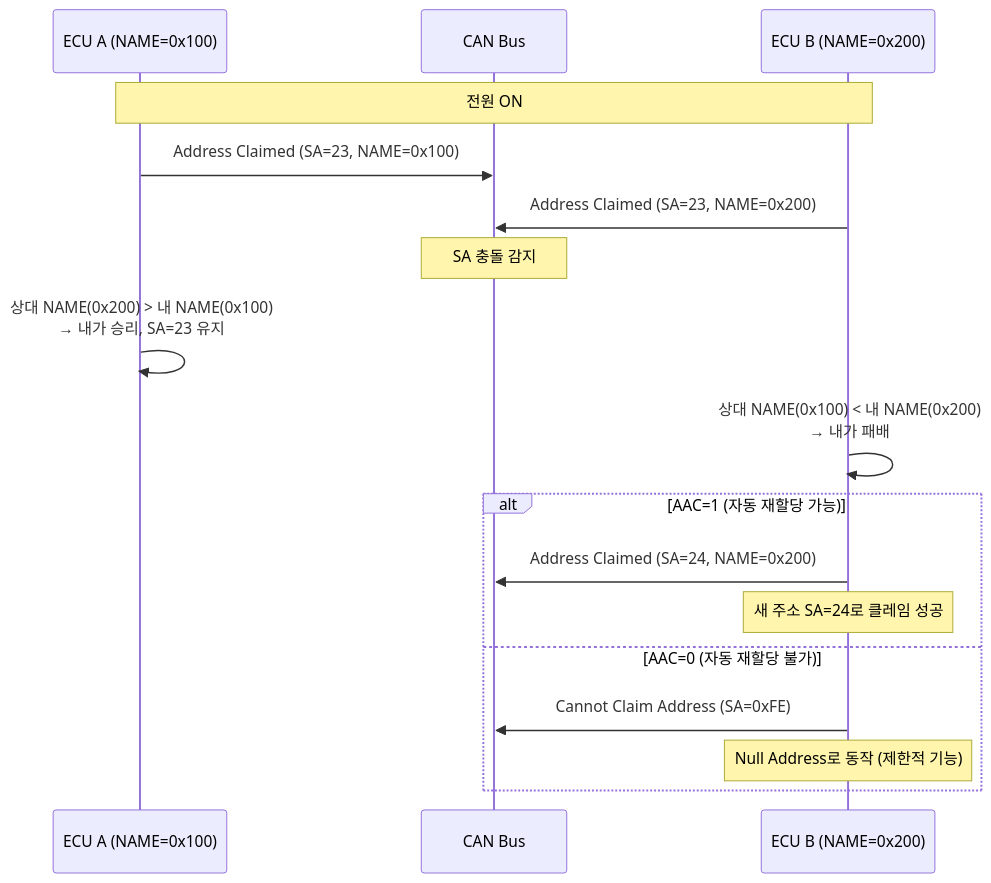
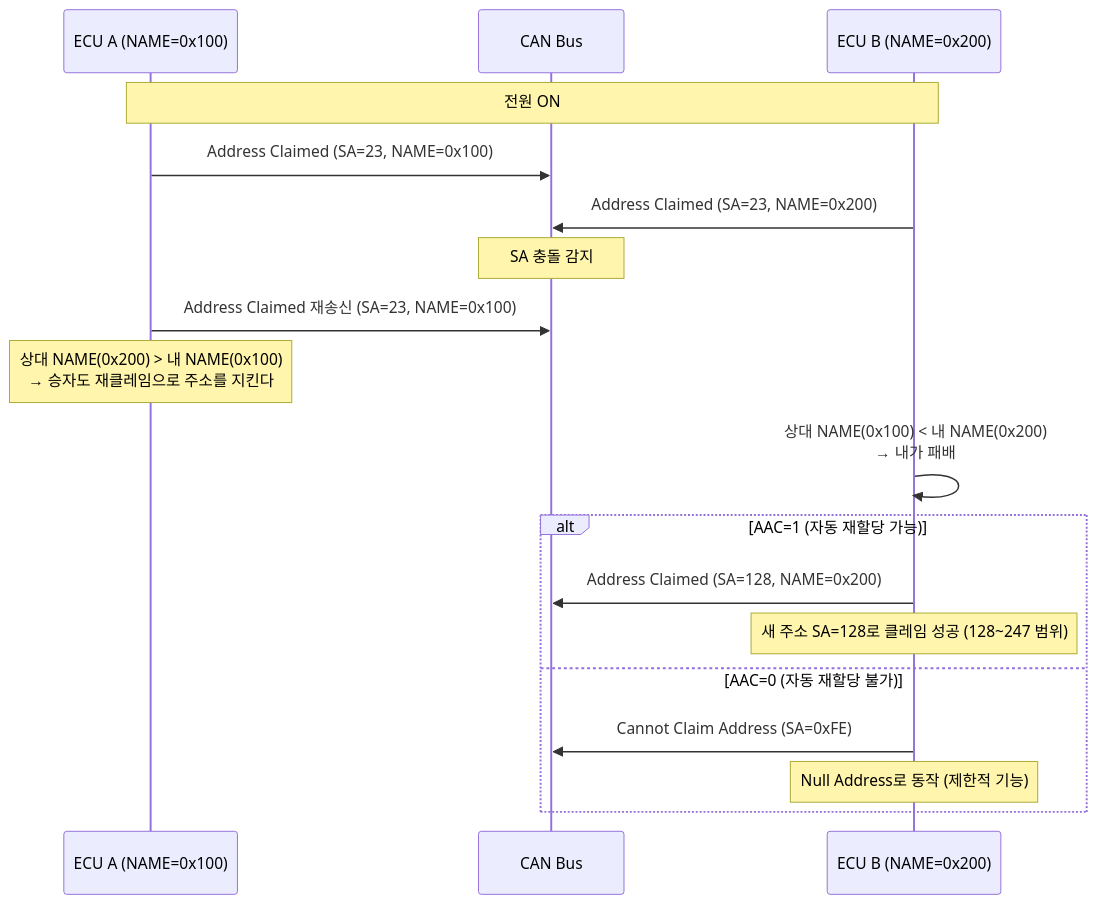
One commit to hobeen-kim/hobeen-kim.github.io changed the third of 4 diagrams in docs/_study/isobus/10-j1939-address.md. Above: the diagram before and after it, drawn with Mermaid. The commit also changed other lines of this file and 18 other files, not shown here.

````diff
--- a/docs/_study/isobus/10-j1939-address.md
+++ b/docs/_study/isobus/10-j1939-address.md
@@ -115,24 +121,25 @@
 ```mermaid
 sequenceDiagram
     participant ECU_A as ECU A (NAME=0x100)
     participant BUS as CAN Bus
     participant ECU_B as ECU B (NAME=0x200)
 
     Note over ECU_A,ECU_B: 전원 ON
 
     ECU_A->>BUS: Address Claimed (SA=23, NAME=0x100)
     ECU_B->>BUS: Address Claimed (SA=23, NAME=0x200)
 
     Note over BUS: SA 충돌 감지
 
-    ECU_A->>ECU_A: 상대 NAME(0x200) > 내 NAME(0x100)<br>→ 내가 승리, SA=23 유지
+    ECU_A->>BUS: Address Claimed 재송신 (SA=23, NAME=0x100)
+    Note over ECU_A: 상대 NAME(0x200) > 내 NAME(0x100)<br>→ 승자도 재클레임으로 주소를 지킨다
     ECU_B->>ECU_B: 상대 NAME(0x100) < 내 NAME(0x200)<br>→ 내가 패배
 
     alt AAC=1 (자동 재할당 가능)
-        ECU_B->>BUS: Address Claimed (SA=24, NAME=0x200)
-        Note over ECU_B: 새 주소 SA=24로 클레임 성공
+        ECU_B->>BUS: Address Claimed (SA=128, NAME=0x200)
+        Note over ECU_B: 새 주소 SA=128로 클레임 성공 (128~247 범위)
     else AAC=0 (자동 재할당 불가)
         ECU_B->>BUS: Cannot Claim Address (SA=0xFE)
         Note over ECU_B: Null Address로 동작 (제한적 기능)
     end
 ```
````
